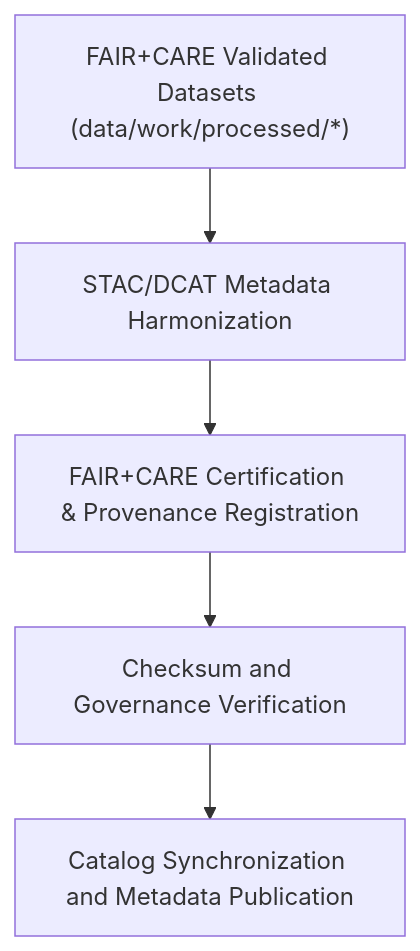
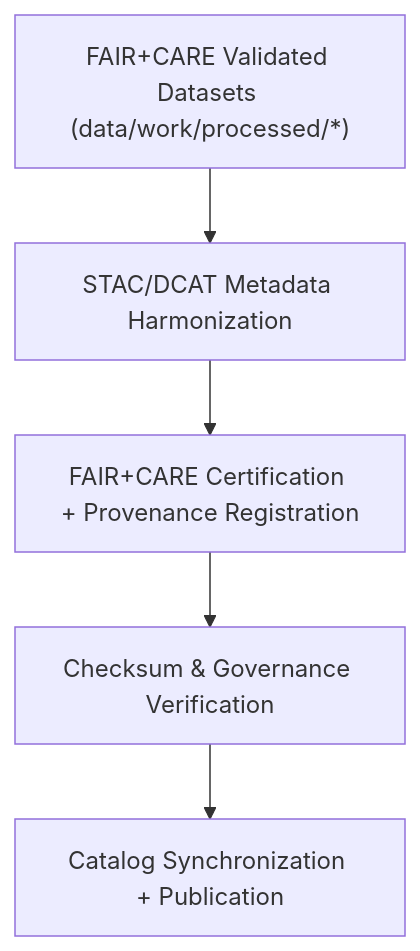
One commit to bartytime4life/Kansas-Frontier-Matrix changed the diagram in data/work/processed/metadata/README.md. Above: the diagram before and after it, drawn with Mermaid. The commit also changed other lines of this file, not shown here.

````diff
--- a/data/work/processed/metadata/README.md
+++ b/data/work/processed/metadata/README.md
@@ -64,7 +66,7 @@
 ```mermaid
 flowchart TD
     A["FAIR+CARE Validated Datasets (data/work/processed/*)"] --> B["STAC/DCAT Metadata Harmonization"]
-    B --> C["FAIR+CARE Certification & Provenance Registration"]
-    C --> D["Checksum and Governance Verification"]
-    D --> E["Catalog Synchronization and Metadata Publication"]
+    B --> C["FAIR+CARE Certification + Provenance Registration"]
+    C --> D["Checksum & Governance Verification"]
+    D --> E["Catalog Synchronization + Publication"]
 ```
````
